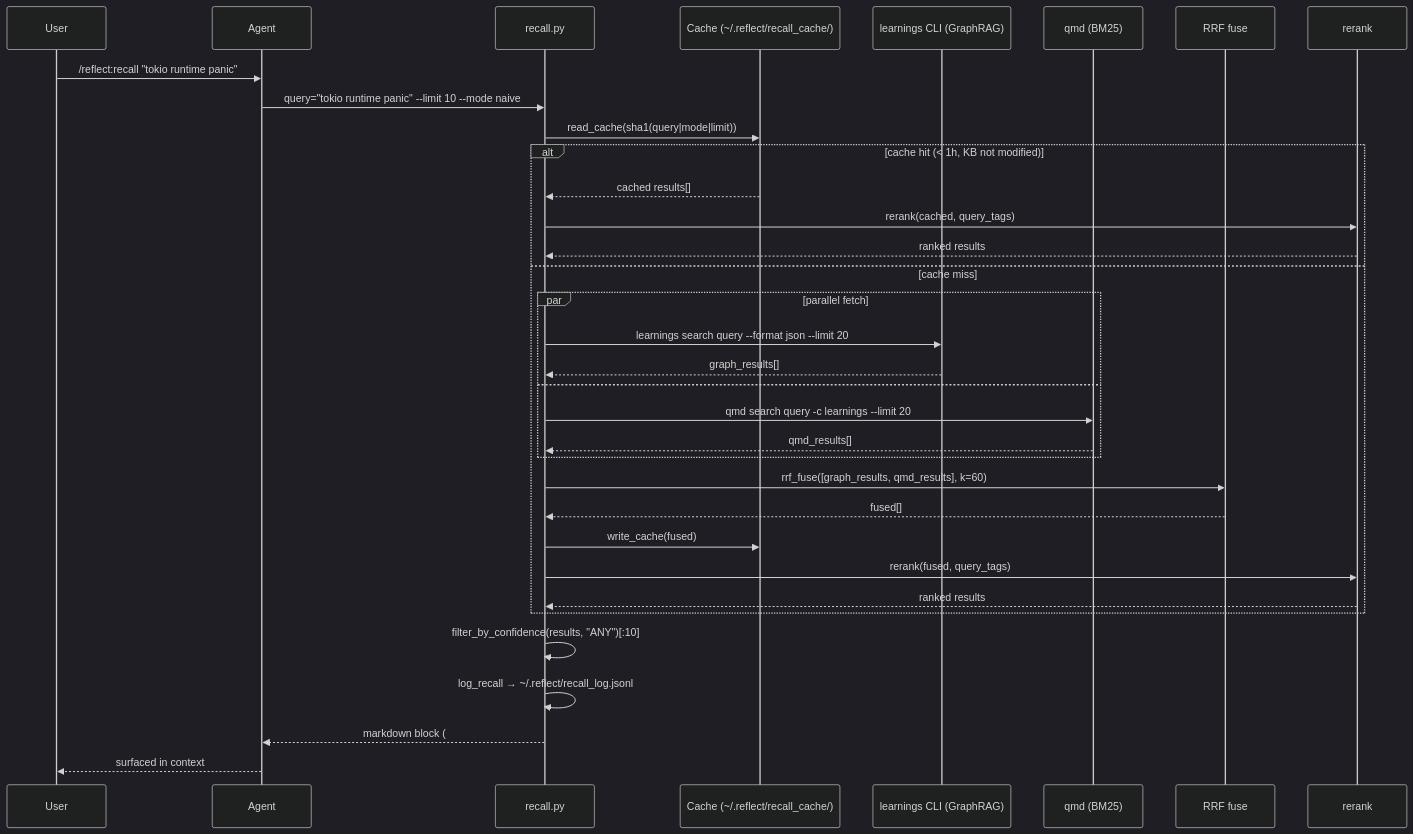
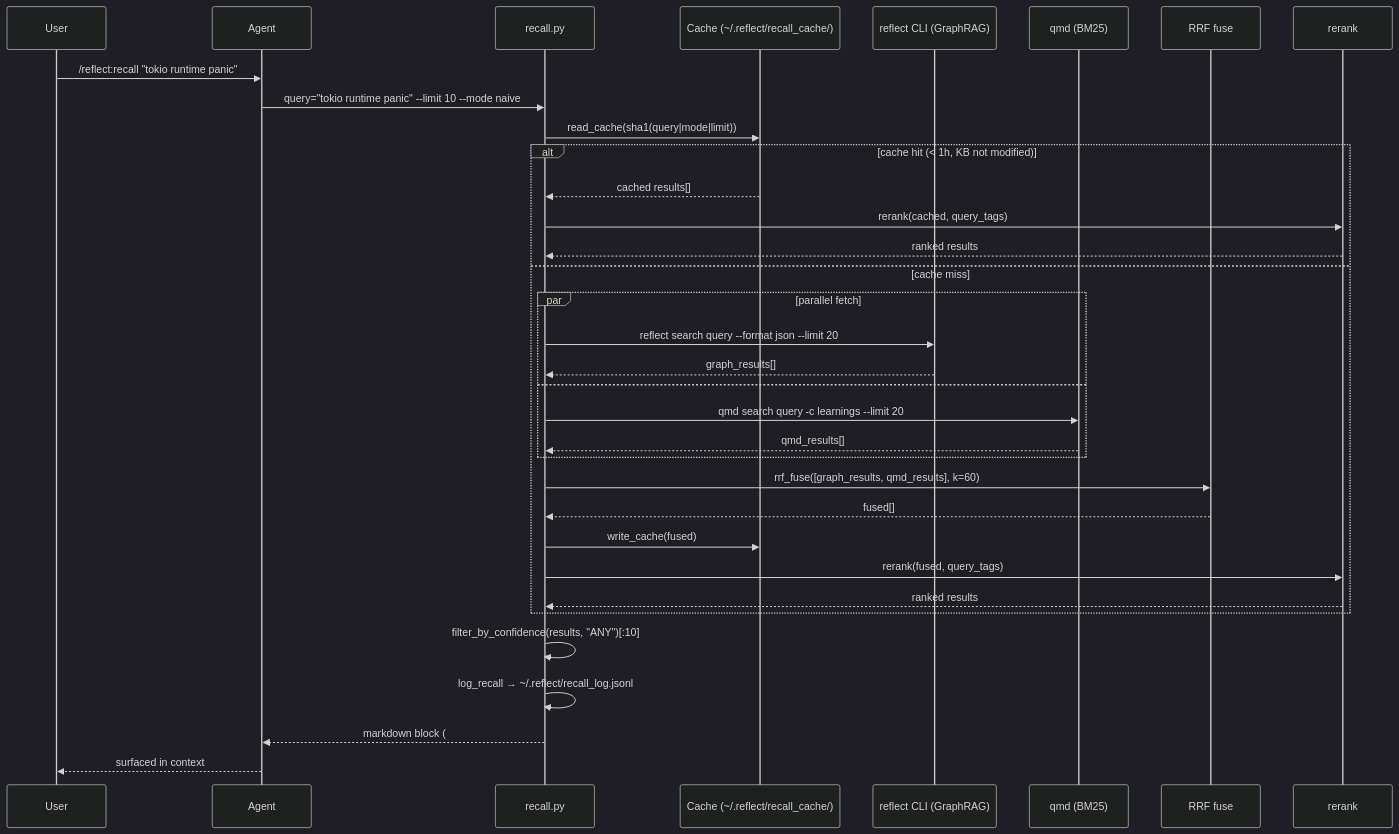
The third of 6 diagrams in packages/plugins/reflect/docs/architecture.md (stevengonsalvez/ainb-toolkit), drawn with Mermaid (dark theme) before and after one commit. The commit also changed other lines of this file and 6 other files, not shown here.

First line of the commit message:
chore(reflect-plugin): purge legacy LEARNINGS_CLI from config + docs

````diff
--- a/packages/plugins/reflect/docs/architecture.md
+++ b/packages/plugins/reflect/docs/architecture.md
@@ -330,37 +330,37 @@
 ```mermaid
 sequenceDiagram
     participant U as User
     participant A as Agent
     participant R as recall.py
     participant C as Cache (~/.reflect/recall_cache/)
-    participant GR as learnings CLI (GraphRAG)
+    participant GR as reflect CLI (GraphRAG)
     participant QM as qmd (BM25)
     participant RRF as RRF fuse
     participant RR as rerank
 
     U->>A: /reflect:recall "tokio runtime panic"
     A->>R: query="tokio runtime panic" --limit 10 --mode naive
     R->>C: read_cache(sha1(query|mode|limit))
     alt cache hit (< 1h, KB not modified)
         C-->>R: cached results[]
         R->>RR: rerank(cached, query_tags)
         RR-->>R: ranked results
     else cache miss
         par parallel fetch
-            R->>GR: learnings search query --format json --limit 20
+            R->>GR: reflect search query --format json --limit 20
             GR-->>R: graph_results[]
         and
             R->>QM: qmd search query -c learnings --limit 20
             QM-->>R: qmd_results[]
         end
         R->>RRF: rrf_fuse([graph_results, qmd_results], k=60)
         RRF-->>R: fused[]
         R->>C: write_cache(fused)
         R->>RR: rerank(fused, query_tags)
         RR-->>R: ranked results
     end
     R->>R: filter_by_confidence(results, "ANY")[:10]
     R->>R: log_recall → ~/.reflect/recall_log.jsonl
     R-->>A: markdown block (## Prior learnings...)
     A-->>U: surfaced in context
 ```
````
